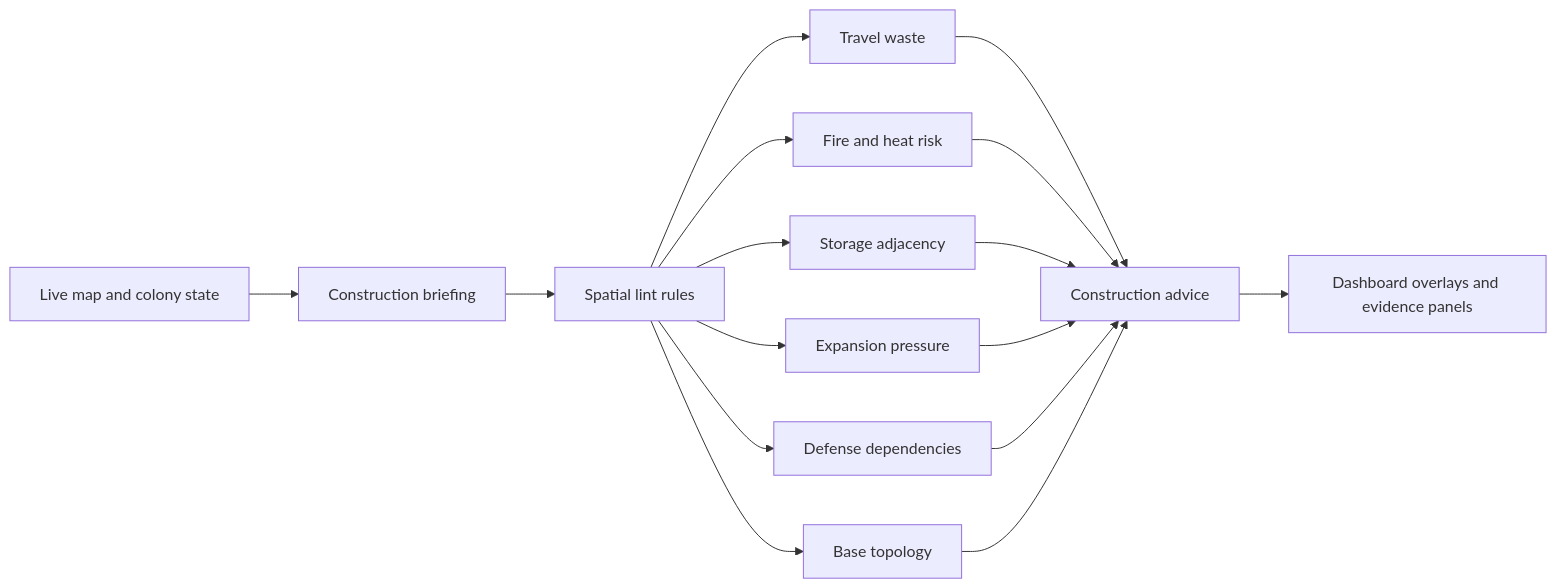
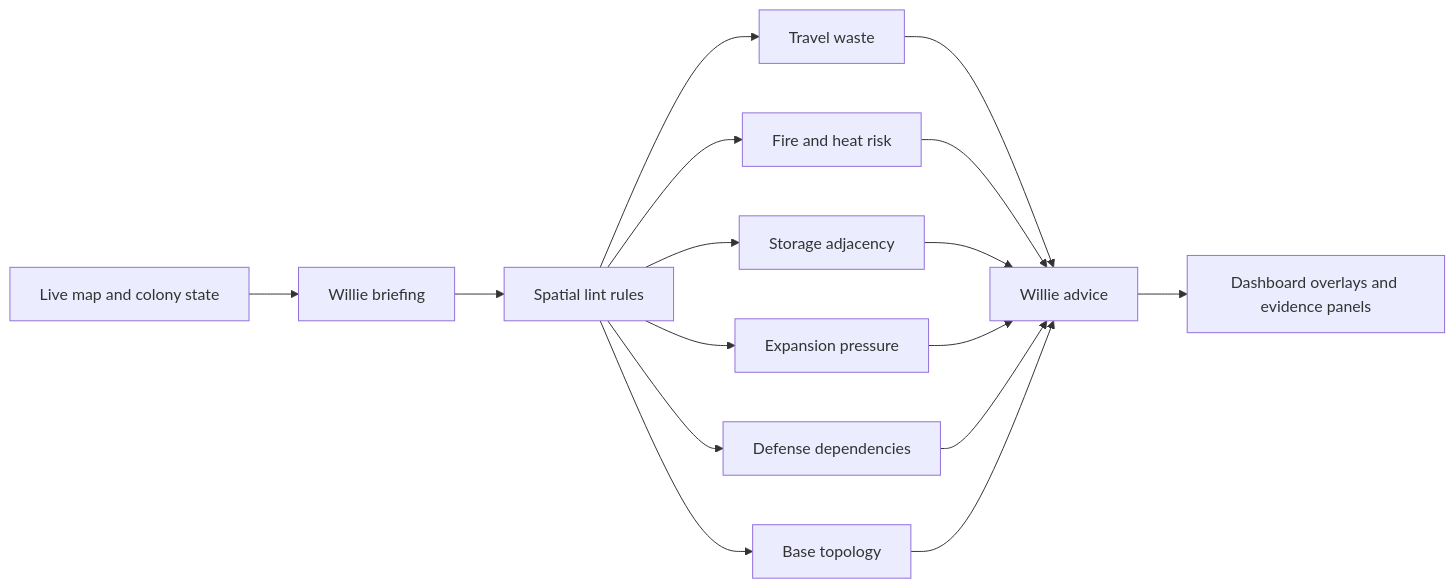
One commit to ocaspi-sc/RimBob changed the diagram in .plans/base-layout-construction-tips.md. Above: the diagram before and after it, drawn with Mermaid. The commit also changed other lines of this file and 62 other files, not shown here.

First line of the commit message:
refactor(schema): rename Construction to Willie

````diff
--- a/.plans/base-layout-construction-tips.md
+++ b/.plans/base-layout-construction-tips.md
@@ -18,18 +18,18 @@
 ```mermaid
 flowchart LR
-  A["Live map and colony state"] --> B["Construction briefing"]
+  A["Live map and colony state"] --> B["Willie briefing"]
   B --> C["Spatial lint rules"]
   C --> D["Travel waste"]
   C --> E["Fire and heat risk"]
   C --> F["Storage adjacency"]
   C --> G["Expansion pressure"]
   C --> H["Defense dependencies"]
   C --> K["Base topology"]
-  D --> I["Construction advice"]
+  D --> I["Willie advice"]
   E --> I
   F --> I
   G --> I
   H --> I
   K --> I
   I --> J["Dashboard overlays and evidence panels"]
 ```
````
